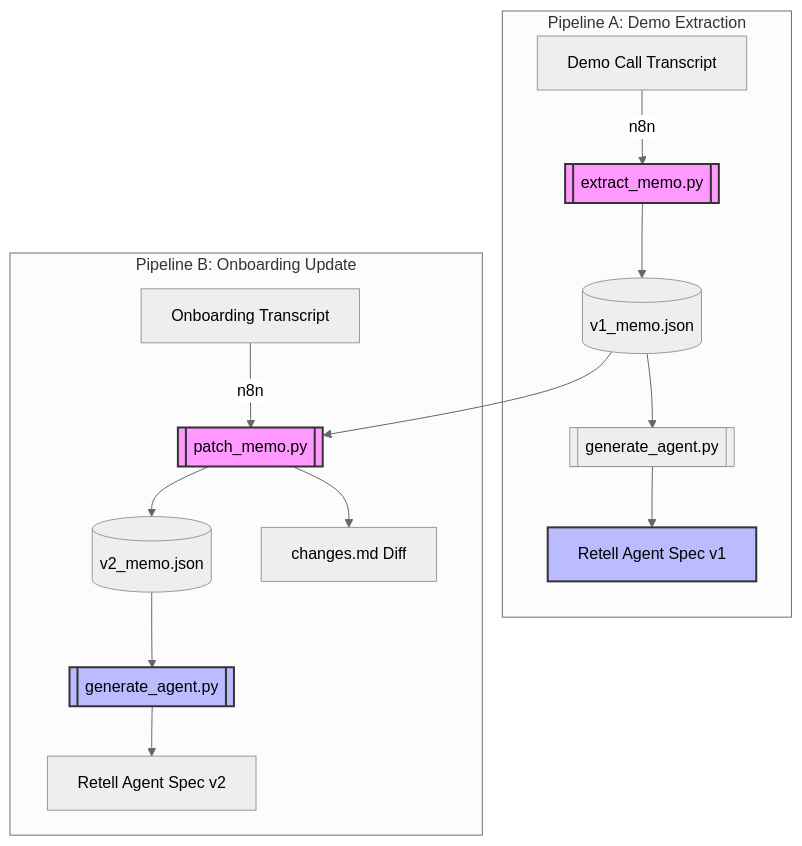
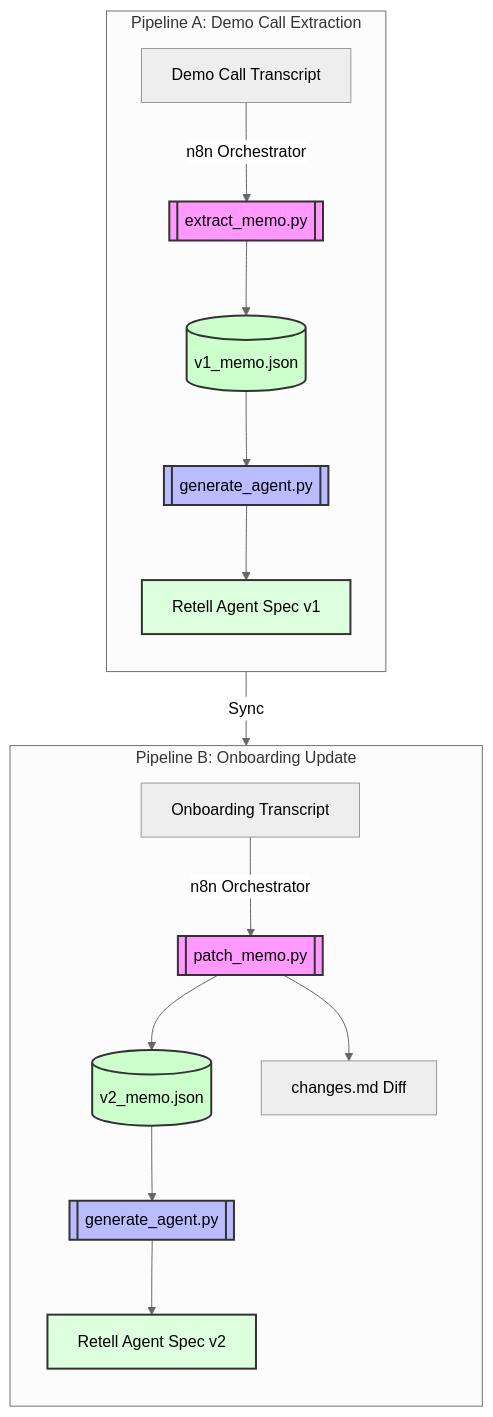
The diagram in README.md (Jatin5760/clara-automation-pipeline), drawn with Mermaid (neutral theme) before and after one commit.

Commit message:
docs: finalize mermaid diagram with high-contrast text and uniform alignment

````diff
--- a/README.md
+++ b/README.md
@@ -9,23 +9,44 @@
 ```mermaid
 graph TD
-    subgraph "Pipeline A: Demo Extraction"
-    A1[Demo Call Transcript] -->|n8n| B1[[extract_memo.py]]
-    B1 --> C1[(v1_memo.json)]
-    C1 --> D1[[generate_agent.py]]
-    D1 --> E1[Retell Agent Spec v1]
+    %% Node Definitions
+    A1[Demo Call Transcript]
+    B1[[extract_memo.py]]
+    C1[(v1_memo.json)]
+    D1[[generate_agent.py]]
+    E1[Retell Agent Spec v1]
+
+    A2[Onboarding Transcript]
+    B2[[patch_memo.py]]
+    C2[(v2_memo.json)]
+    D2[changes.md Diff]
+    E2[[generate_agent.py]]
+    F2[Retell Agent Spec v2]
+
+    subgraph "Pipeline A: Demo Call Extraction"
+        direction TB
+        A1 -->|n8n Orchestrator| B1
+        B1 --> C1
+        C1 --> D1
+        D1 --> E1
     end
 
     subgraph "Pipeline B: Onboarding Update"
-    A2[Onboarding Transcript] -->|n8n| B2[[patch_memo.py]]
-    C1 --> B2
-    B2 --> C2[(v2_memo.json)]
-    B2 --> D2[changes.md Diff]
-    C2 --> E2[[generate_agent.py]]
-    E2 --> F2[Retell Agent Spec v2]
+        direction TB
+        A2 -->|n8n Orchestrator| B2
+        C1 -->|Sync| B2
+        B2 --> C2
+        B2 --> D2
+        C2 --> E2
+        E2 --> F2
     end
 
-    style B1 fill:#f9f,stroke:#333,stroke-width:2px
-    style B2 fill:#f9f,stroke:#333,stroke-width:2px
-    style E1 fill:#bbf,stroke:#333,stroke-width:2px
-    style E2 fill:#bbf,stroke:#333,stroke-width:2px
+    %% High Contrast Styling
+    style B1 fill:#f9f,stroke:#333,stroke-width:2px,color:#000
+    style B2 fill:#f9f,stroke:#333,stroke-width:2px,color:#000
+    style D1 fill:#bbf,stroke:#333,stroke-width:2px,color:#000
+    style E1 fill:#dfd,stroke:#333,stroke-width:2px,color:#000
+    style E2 fill:#bbf,stroke:#333,stroke-width:2px,color:#000
+    style F2 fill:#dfd,stroke:#333,stroke-width:2px,color:#000
+    style C1 fill:#cfc,stroke:#333,stroke-width:2px,color:#000
+    style C2 fill:#cfc,stroke:#333,stroke-width:2px,color:#000
 ```
````
